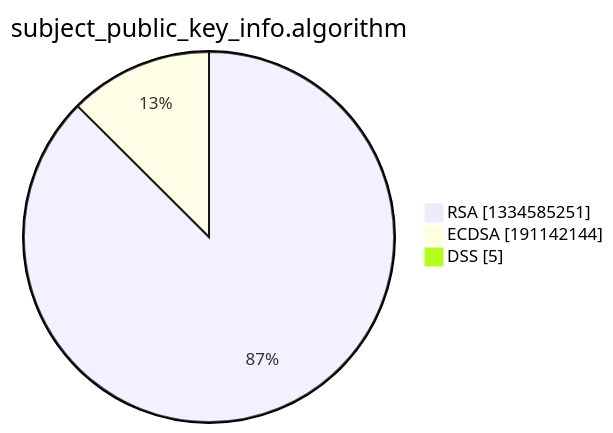
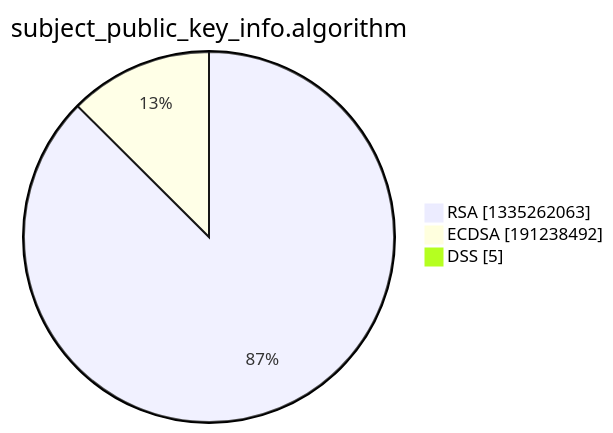
One commit to christiankrug/ctmonitor_visualization changed the third of 15 diagrams in xenon2022/README.md. Above: the diagram before and after it, drawn with Mermaid. The commit also changed other lines of this file, not shown here.

````diff
--- a/xenon2022/README.md
+++ b/xenon2022/README.md
@@ -14,7 +14,7 @@
 ```mermaid
 pie showData
 title subject_public_key_info.algorithm
-"RSA" :1334585251
-"ECDSA" :191142144
+"RSA" :1335262063
+"ECDSA" :191238492
 "DSS" :5
 ```
````
